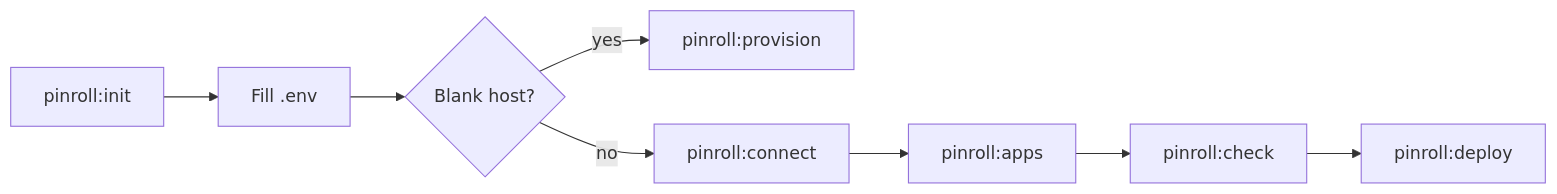
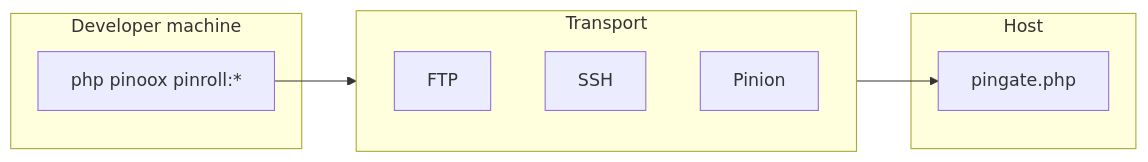
Before and after one commit to pinoox/docs: the first of 2 diagrams in en/deploy/pinroll.md, drawn with Mermaid. The commit also changed other lines of this file and 9 other files, not shown here.

````diff
--- a/en/deploy/pinroll.md
+++ b/en/deploy/pinroll.md
@@ -41,10 +140,15 @@
 ```mermaid
 flowchart LR
-    A[pinroll:init] --> B[Fill .env]
-    B --> C{Blank host?}
-    C -->|yes| D[pinroll:provision]
-    C -->|no| E[pinroll:connect]
-    E --> F[pinroll:apps]
-    F --> G[pinroll:check]
-    G --> H[pinroll:deploy]
+    subgraph dev [Developer machine]
+        CLI["php pinoox pinroll:*"]
+    end
+    subgraph transport [Transport]
+        FTP[FTP]
+        SSH[SSH]
+        Pinion[Pinion]
+    end
+    subgraph remote [Host]
+        Gate[pingate.php]
+    end
+    CLI --> transport --> Gate
 ```
````
